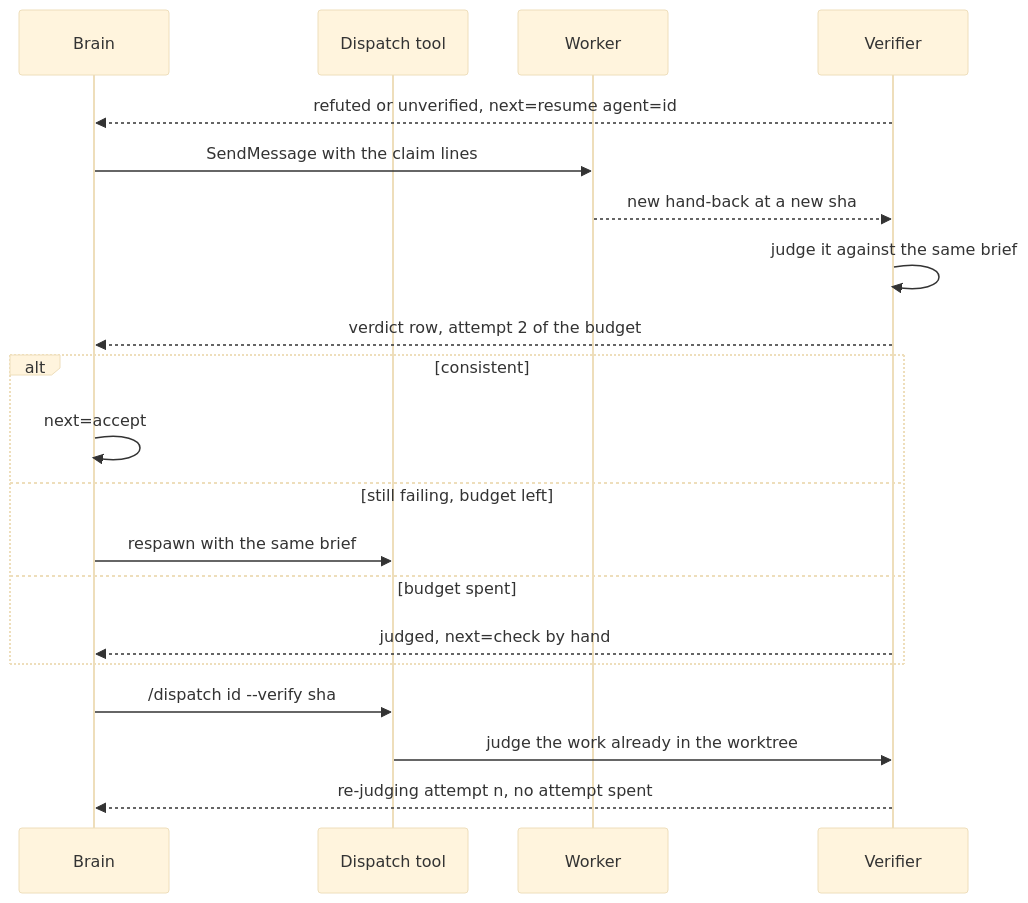
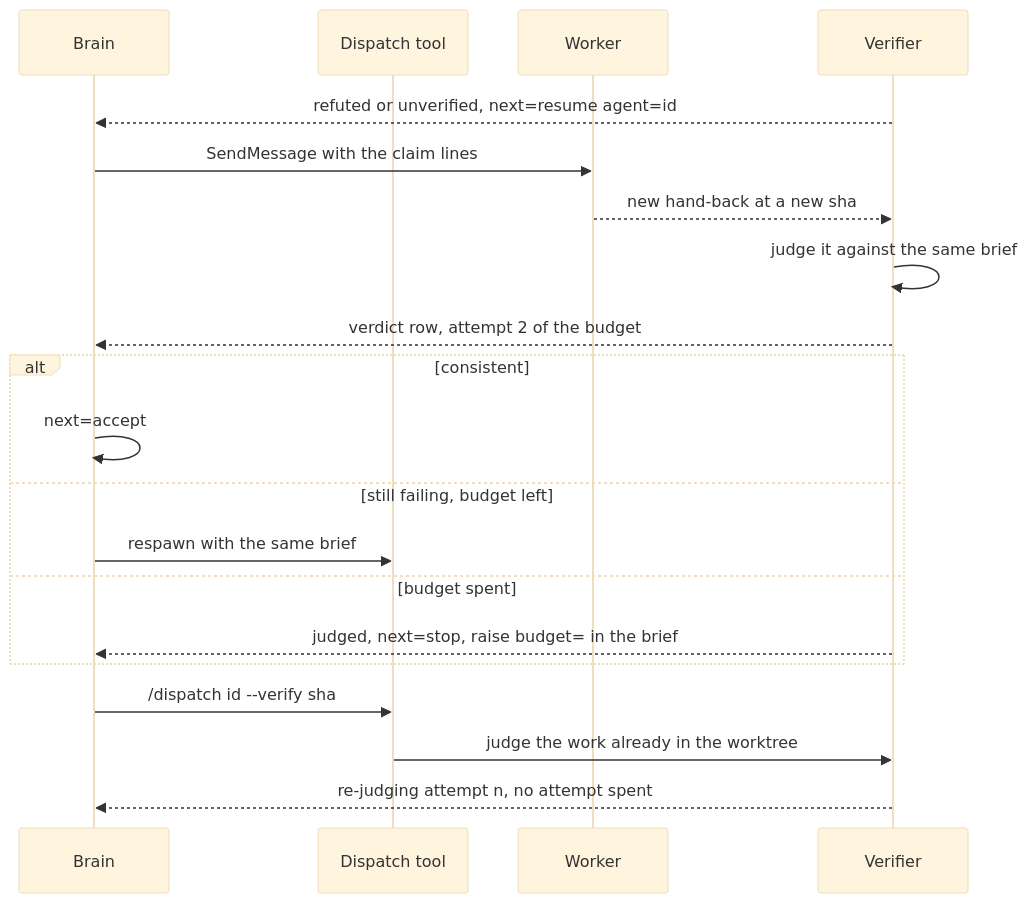
The third of 4 diagrams in docs/how-it-works.md (nelsben/chassis-delegation), drawn with Mermaid (base theme) before and after one commit. The commit also changed other lines of this file and 2 other files, not shown here.

````diff
--- a/docs/how-it-works.md
+++ b/docs/how-it-works.md
@@ -95,22 +95,22 @@
 ```mermaid
 sequenceDiagram
     participant B as Brain
     participant D as Dispatch tool
     participant W as Worker
     participant V as Verifier
     V-->>B: refuted or unverified, next=resume agent=id
     B->>W: SendMessage with the claim lines
     W-->>V: new hand-back at a new sha
     V->>V: judge it against the same brief
     V-->>B: verdict row, attempt 2 of the budget
     alt consistent
         B->>B: next=accept
     else still failing, budget left
         B->>D: respawn with the same brief
     else budget spent
-        V-->>B: judged, next=check by hand
+        V-->>B: judged, next=stop, raise budget= in the brief
     end
     B->>D: /dispatch id --verify sha
     D->>V: judge the work already in the worktree
     V-->>B: re-judging attempt n, no attempt spent
 ```
````
